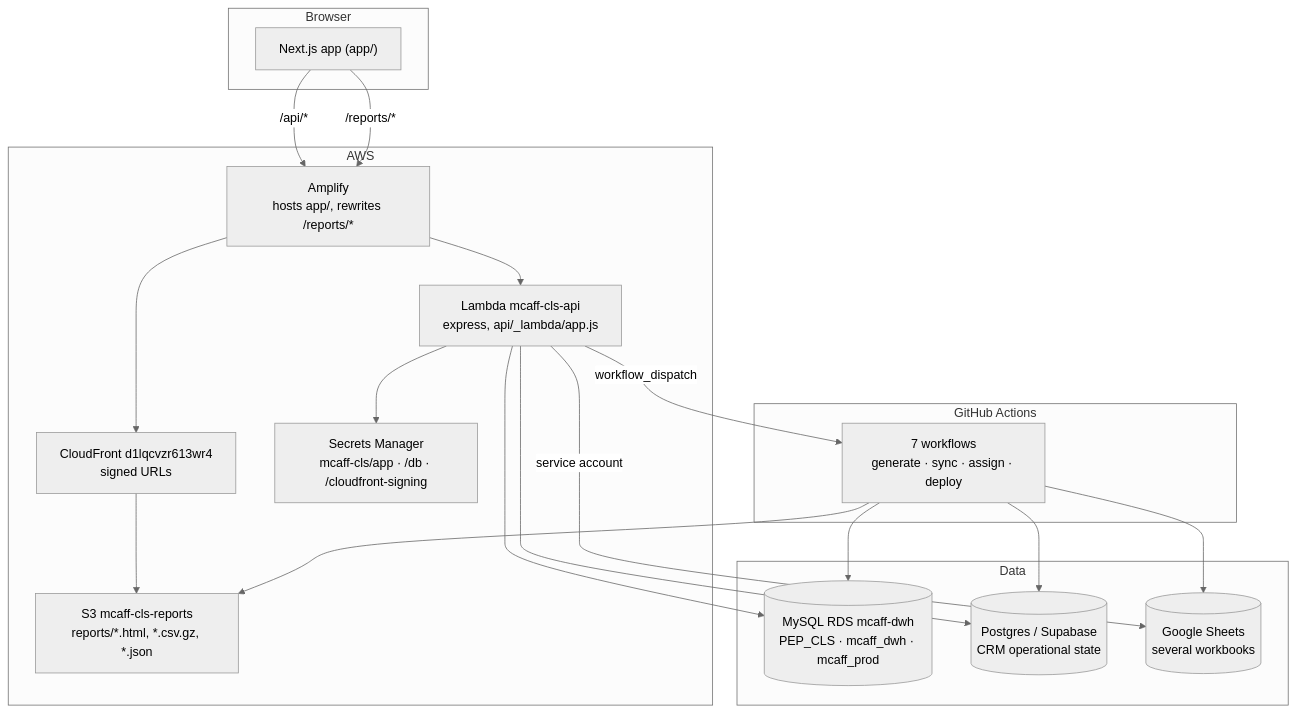
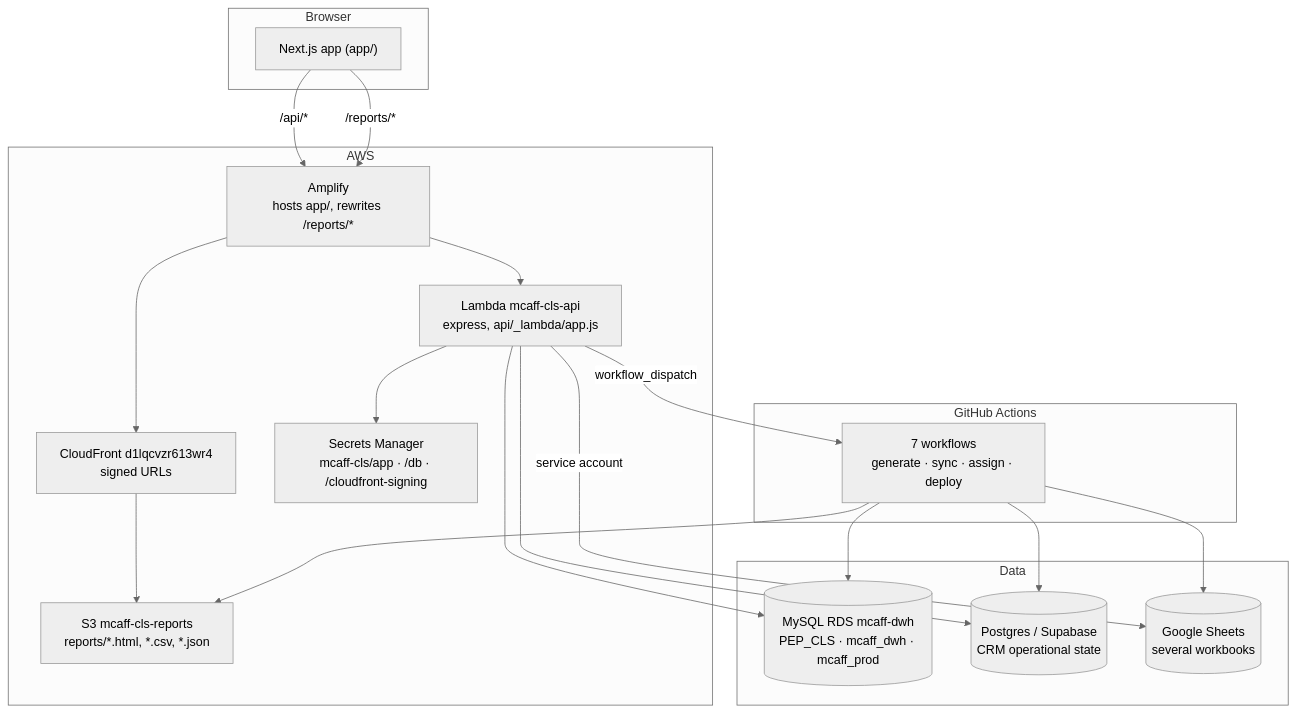
One commit to mcaff-dj/mcaff-CLS changed the first of 4 diagrams in docs/CODEBASE_REFERENCE.md. Above: the diagram before and after it, drawn with Mermaid (neutral theme). The commit also changed other lines of this file and 3 other files, not shown here.

````diff
--- a/docs/CODEBASE_REFERENCE.md
+++ b/docs/CODEBASE_REFERENCE.md
@@ -34,36 +34,36 @@
 ```mermaid
 flowchart TB
     subgraph Browser
       B["Next.js app (app/)"]
     end
 
     subgraph AWS
       AMP["Amplify<br/>hosts app/, rewrites /reports/*"]
       LAM["Lambda mcaff-cls-api<br/>express, api/_lambda/app.js"]
-      S3["S3 mcaff-cls-reports<br/>reports/*.html, *.csv.gz, *.json"]
+      S3["S3 mcaff-cls-reports<br/>reports/*.html, *.csv, *.json"]
       CF["CloudFront d1lqcvzr613wr4<br/>signed URLs"]
       SM["Secrets Manager<br/>mcaff-cls/app · /db · /cloudfront-signing"]
     end
 
     subgraph Data
       MY[("MySQL RDS mcaff-dwh<br/>PEP_CLS · mcaff_dwh · mcaff_prod")]
       PG[("Postgres / Supabase<br/>CRM operational state")]
       GS[("Google Sheets<br/>several workbooks")]
     end
 
     subgraph CI["GitHub Actions"]
       WF["7 workflows<br/>generate · sync · assign · deploy"]
     end
 
     B -->|"/api/*"| AMP --> LAM
     B -->|"/reports/*"| AMP --> CF --> S3
     LAM --> SM
     LAM --> MY
     LAM --> PG
     LAM -->|"service account"| GS
     LAM -->|"workflow_dispatch"| WF
     WF --> S3
     WF --> MY
     WF --> PG
     WF --> GS
 ```
````
